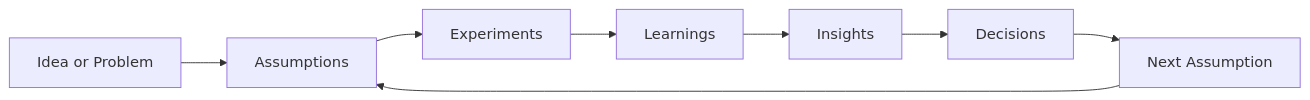
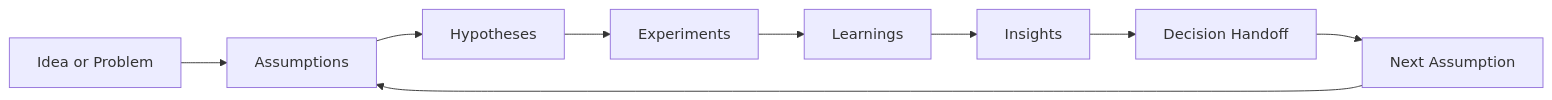
Before and after one commit to swiftracks/innovation-playbook: the diagram in concept-foundations/learning-system-overview.md, drawn with Mermaid. The commit also changed other lines of this file and 70 other files, not shown here.

````diff
--- a/concept-foundations/learning-system-overview.md
+++ b/concept-foundations/learning-system-overview.md
@@ -11,10 +17,11 @@
 ```mermaid
 flowchart LR
   ideaProblem[Idea or Problem] --> assumptions[Assumptions]
-  assumptions --> experiments[Experiments]
+  assumptions --> hypotheses[Hypotheses]
+  hypotheses --> experiments[Experiments]
   experiments --> learnings[Learnings]
   learnings --> insights[Insights]
-  insights --> decisions[Decisions]
-  decisions --> nextAssumption[Next Assumption]
+  insights --> decisionHandoff[Decision Handoff]
+  decisionHandoff --> nextAssumption[Next Assumption]
   nextAssumption --> assumptions
 ```
````
